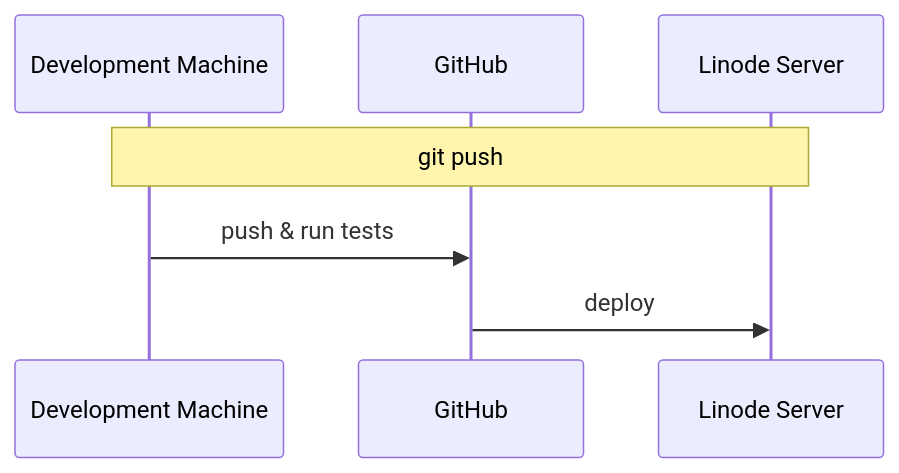
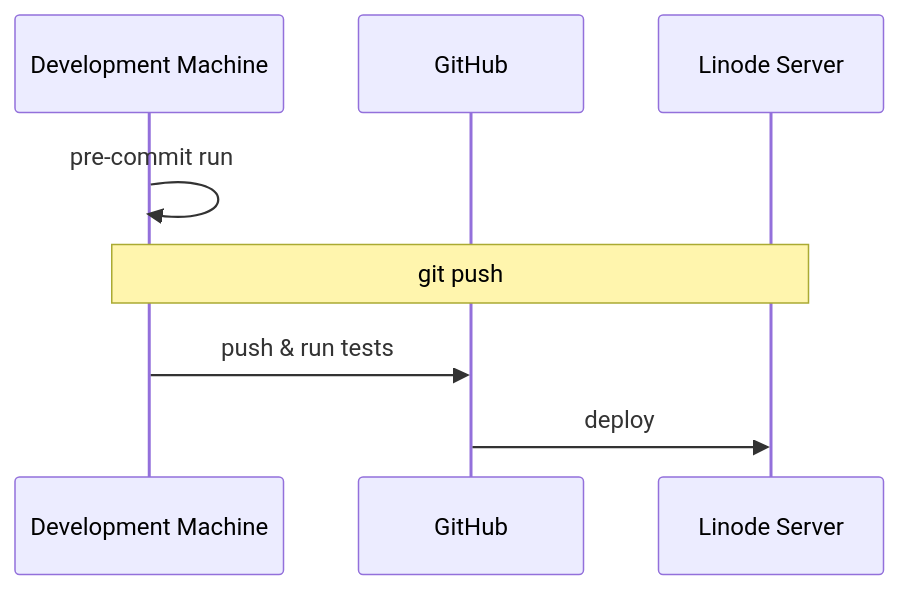
One commit to migueltorrescosta/nifek changed the first of 2 diagrams in README.md. Above: the diagram before and after it, drawn with Mermaid.

````diff
--- a/README.md
+++ b/README.md
@@ -55,9 +55,10 @@
 ```mermaid
   sequenceDiagram
     participant Development Machine
     participant GitHub
     participant Linode Server
+    Development Machine ->> Development Machine: pre-commit run
     Note over Development Machine, Linode Server: git push
     Development Machine->>GitHub: push & run tests
     GitHub->>Linode Server: deploy
 ```
````
